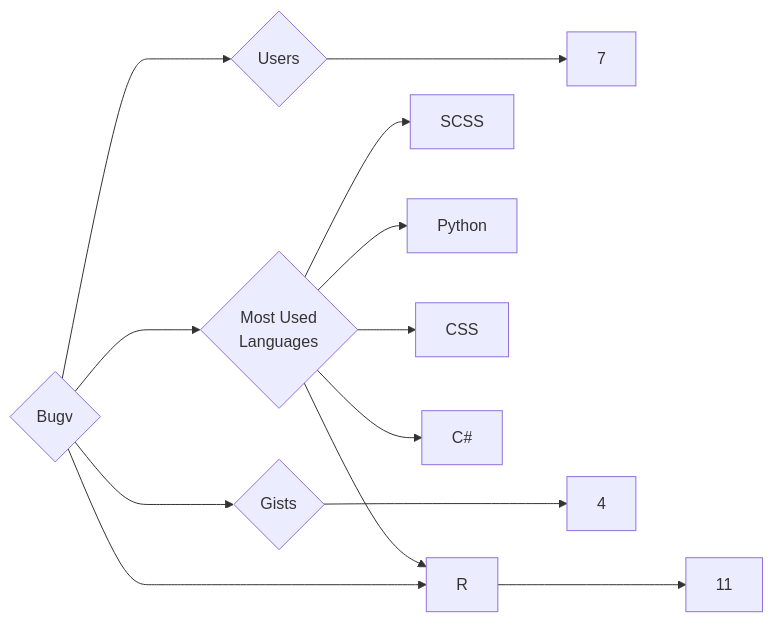
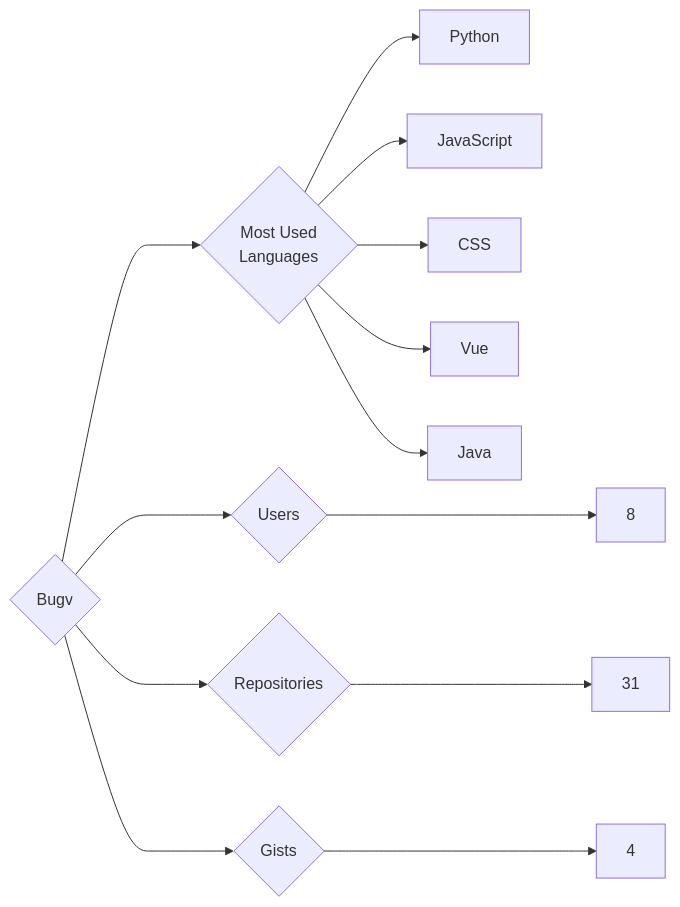
One commit to trickest/insiders changed the diagram in targets/Bugv/README.md. Above: the diagram before and after it, drawn with Mermaid. The commit also changed 993 other files, not shown here.

````diff
--- a/targets/Bugv/README.md
+++ b/targets/Bugv/README.md
@@ -3,13 +3,13 @@
 ```mermaid
 graph LR
 COMPANY_NAME{Bugv}
-COMPANY_NAME ---> U{Users} ---> UN[7]
-COMPANY_NAME ---> R{Repositories} ---> RN[11]
+COMPANY_NAME ---> U{Users} ---> UN[8]
+COMPANY_NAME ---> R{Repositories} ---> RN[31]
 COMPANY_NAME ---> G{Gists} ---> GN[4]
 COMPANY_NAME ---> ML{Most Used<br>Languages}
-ML --> SCSS[SCSS]
-ML --> R[R]
 ML --> Python[Python]
+ML --> JavaScript[JavaScript]
 ML --> CSS[CSS]
-ML --> C#[C#]
+ML --> Vue[Vue]
+ML --> Java[Java]
 ```
````
